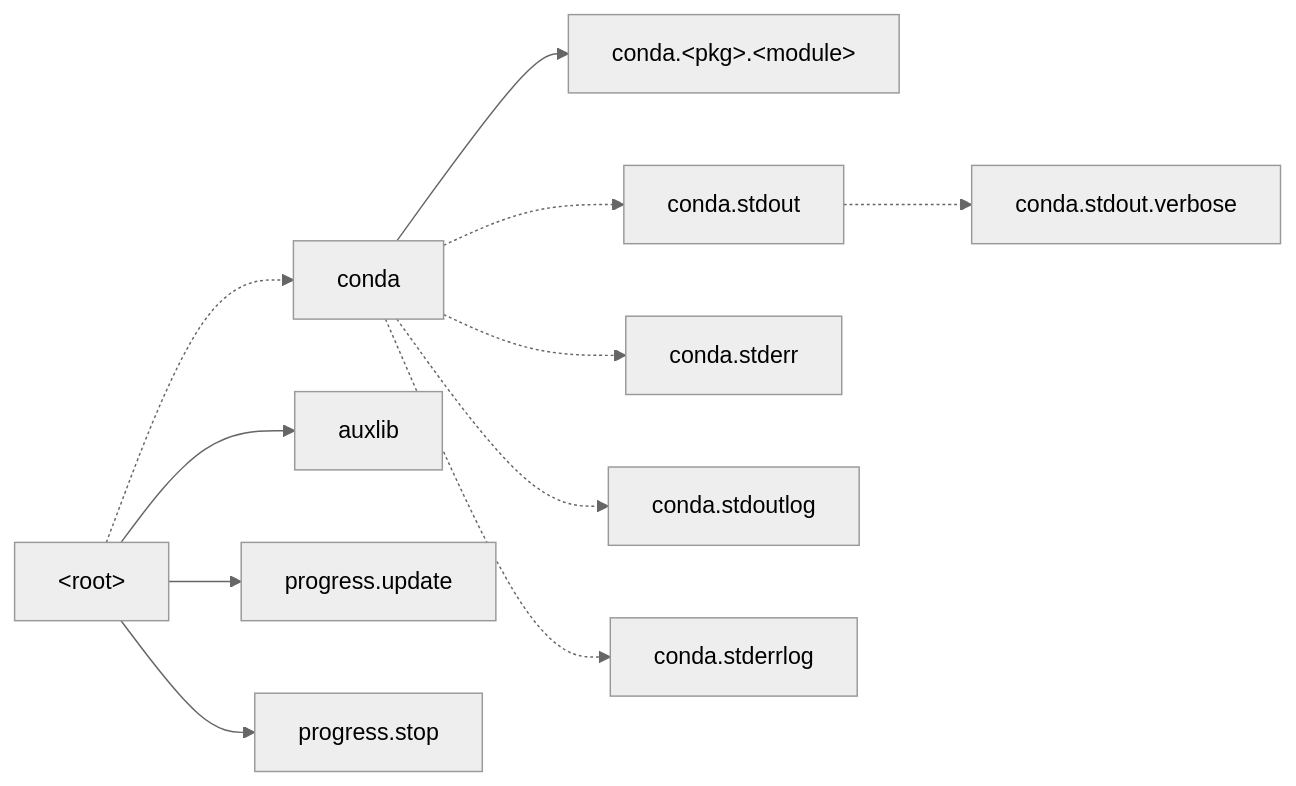
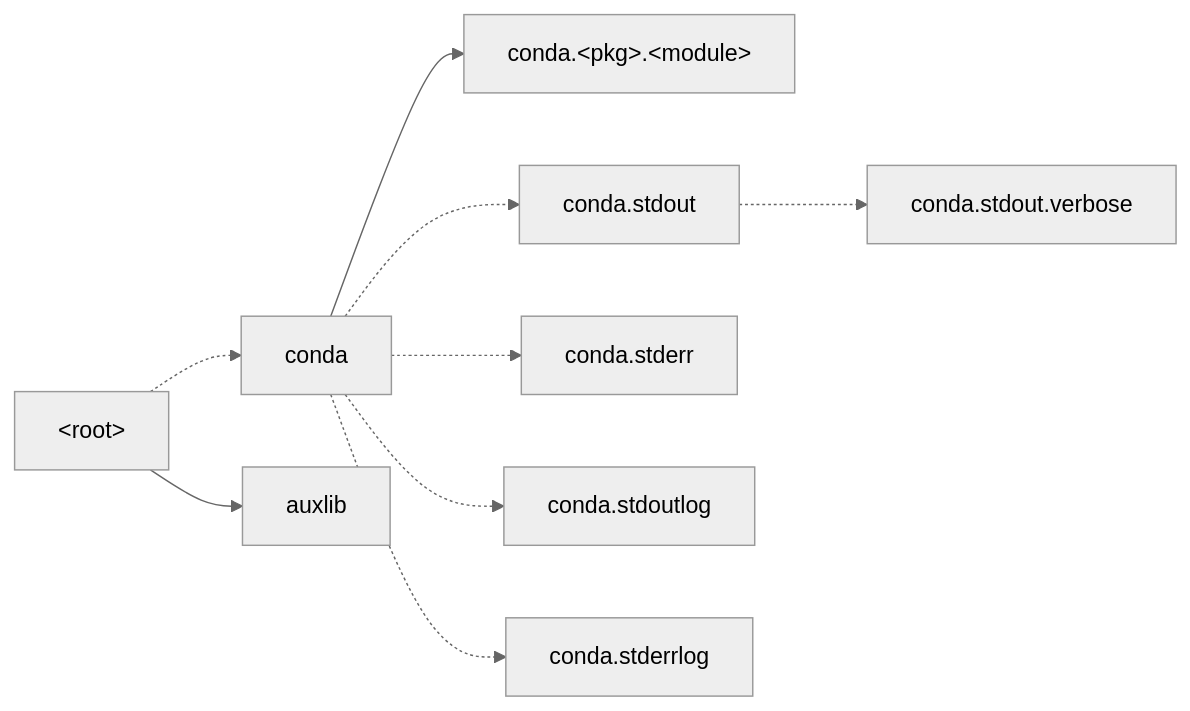
One commit to conda/conda changed the diagram in docs/source/dev-guide/deep-dives/logging.md. Above: the diagram before and after it, drawn with Mermaid (neutral theme). The commit also changed other lines of this file and 1 other file, not shown here.

````diff
--- a/docs/source/dev-guide/deep-dives/logging.md
+++ b/docs/source/dev-guide/deep-dives/logging.md
@@ -16,13 +16,12 @@
 ```{mermaid}
 :caption: The conda logger hierarchy. Dotted lines represent relations with `propagate = False`.
 
 flowchart LR
     root["&lt;root&gt;"] -.-> conda
     conda --> modules["conda.&lt;pkg&gt;.&lt;module&gt;"]
     conda -.-> conda.stdout -.-> conda.stdout.verbose
     conda -.-> conda.stderr
     conda -.-> conda.stdoutlog
     conda -.-> conda.stderrlog
     root --> auxlib
-    root --> progress.update & progress.stop
 ```
````
